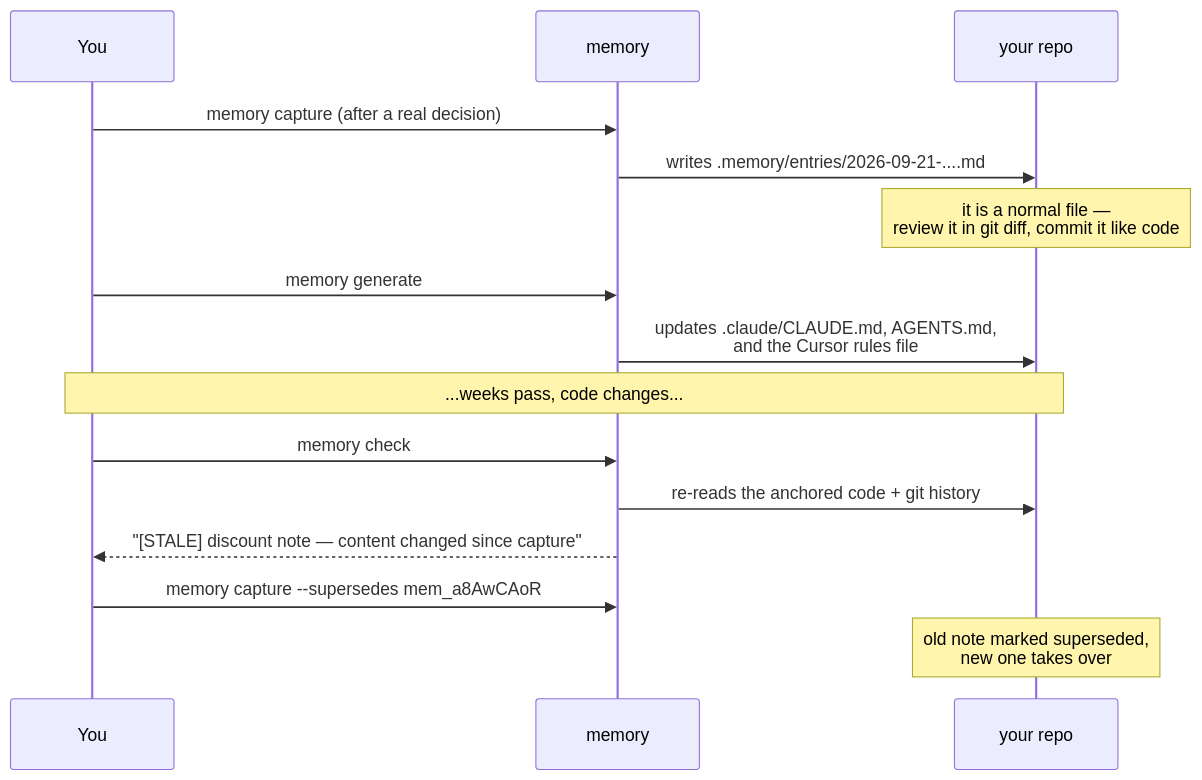
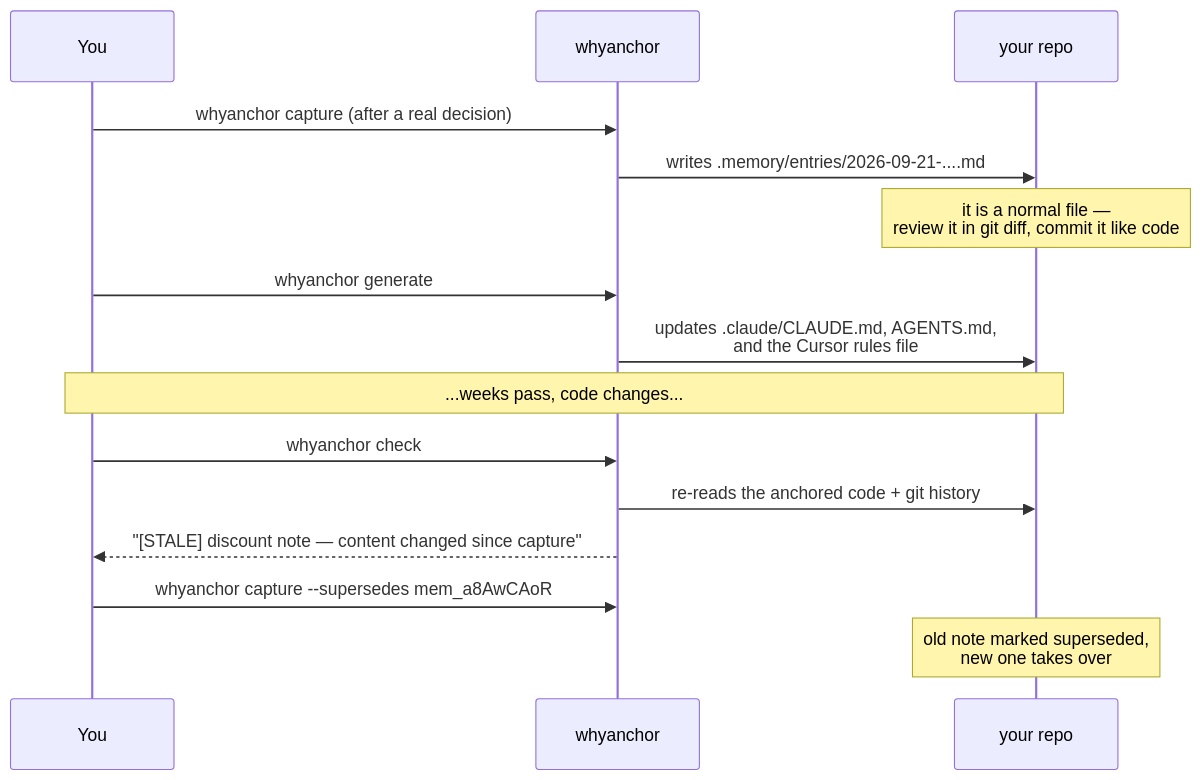
Before and after one commit to kishore600/ctx-memory: the second of 3 diagrams in README.md, drawn with Mermaid. The commit also changed other lines of this file and 22 other files, not shown here.

````diff
--- a/README.md
+++ b/README.md
@@ -232,22 +232,22 @@
 ```mermaid
 sequenceDiagram
     participant You
-    participant Tool as memory
+    participant Tool as whyanchor
     participant Repo as your repo
 
-    You->>Tool: memory capture (after a real decision)
+    You->>Tool: whyanchor capture (after a real decision)
     Tool->>Repo: writes .memory/entries/2026-09-21-....md
     Note over Repo: it is a normal file —<br/>review it in git diff, commit it like code
 
-    You->>Tool: memory generate
+    You->>Tool: whyanchor generate
     Tool->>Repo: updates .claude/CLAUDE.md, AGENTS.md,<br/>and the Cursor rules file
 
     Note over You,Repo: ...weeks pass, code changes...
 
-    You->>Tool: memory check
+    You->>Tool: whyanchor check
     Tool->>Repo: re-reads the anchored code + git history
     Tool-->>You: "[STALE] discount note — content changed since capture"
 
-    You->>Tool: memory capture --supersedes mem_a8AwCAoR
+    You->>Tool: whyanchor capture --supersedes mem_a8AwCAoR
     Note over Repo: old note marked superseded,<br/>new one takes over
 ```
````
